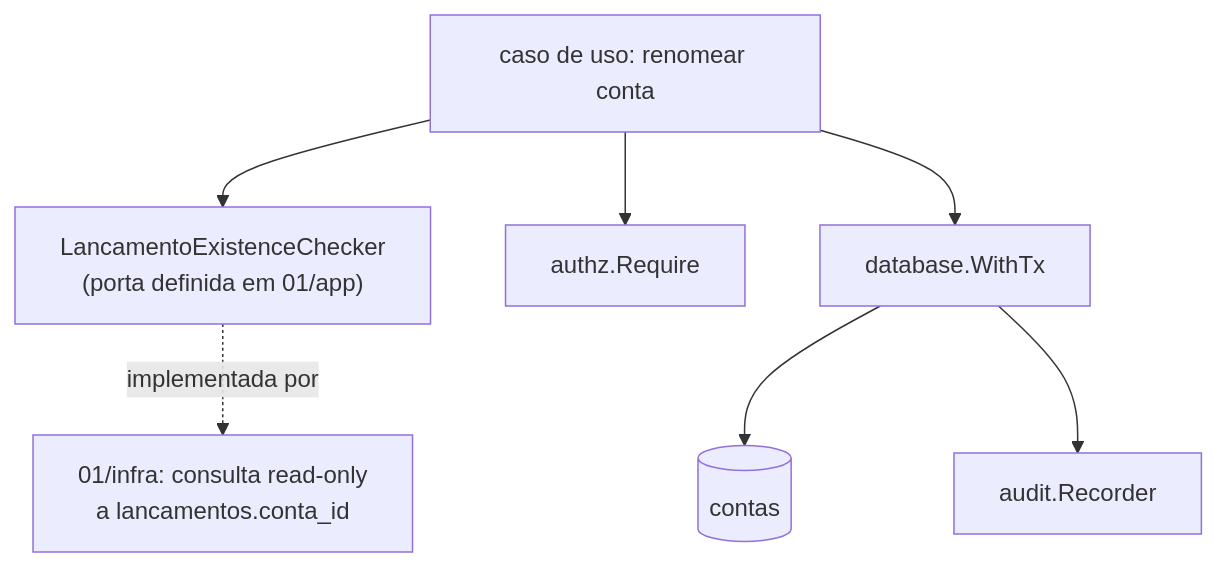
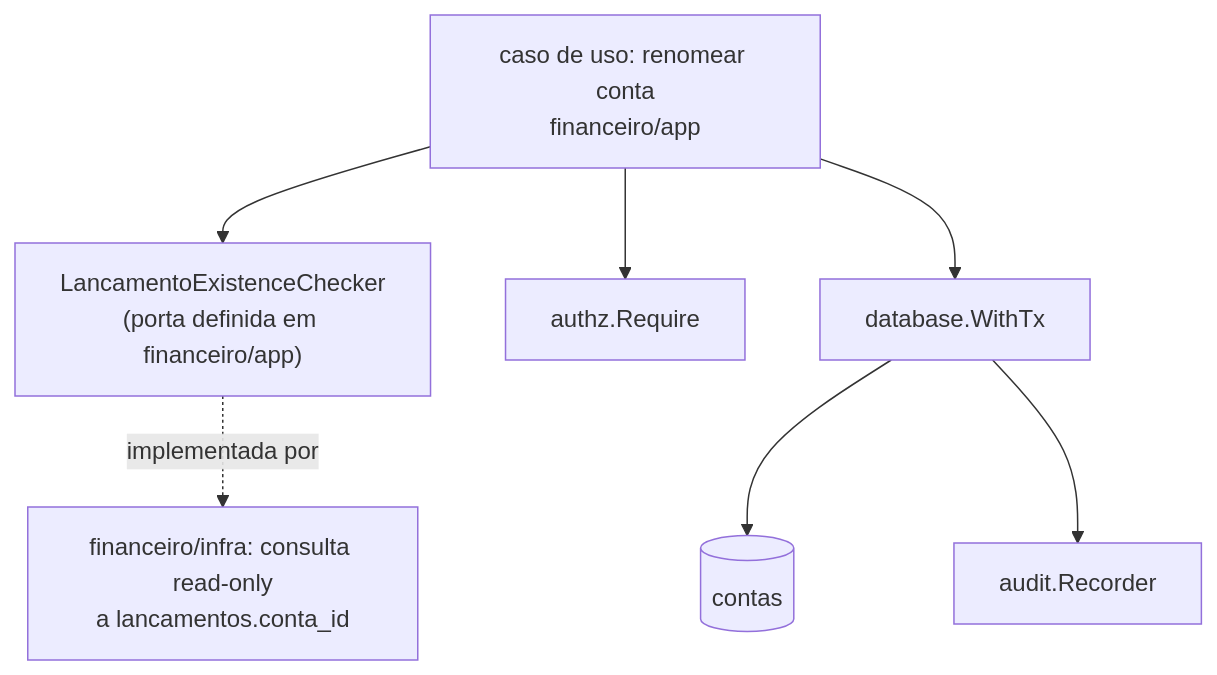
The diagram in .specs/features/financeiro/design/01-plano-de-contas.md (antoniobt12062002/torcida-jovem-platform), drawn with Mermaid before and after one commit. The commit also changed other lines of this file and 9 other files, not shown here.

````diff
--- a/.specs/features/financeiro/design/01-plano-de-contas.md
+++ b/.specs/features/financeiro/design/01-plano-de-contas.md
@@ -10,9 +10,9 @@
 ```mermaid
 graph TD
-    UC[caso de uso: renomear conta] --> Port["LancamentoExistenceChecker<br/>(porta definida em 01/app)"]
-    Port -.implementada por.-> Infra["01/infra: consulta read-only<br/>a lancamentos.conta_id"]
+    UC[caso de uso: renomear conta<br/>financeiro/app] --> Port["LancamentoExistenceChecker<br/>(porta definida em financeiro/app)"]
+    Port -.implementada por.-> Infra["financeiro/infra: consulta read-only<br/>a lancamentos.conta_id"]
     UC --> AZ[authz.Require]
     UC --> TX[database.WithTx]
     TX --> DB[(contas)]
     TX --> AUD[audit.Recorder]
 ```
````
